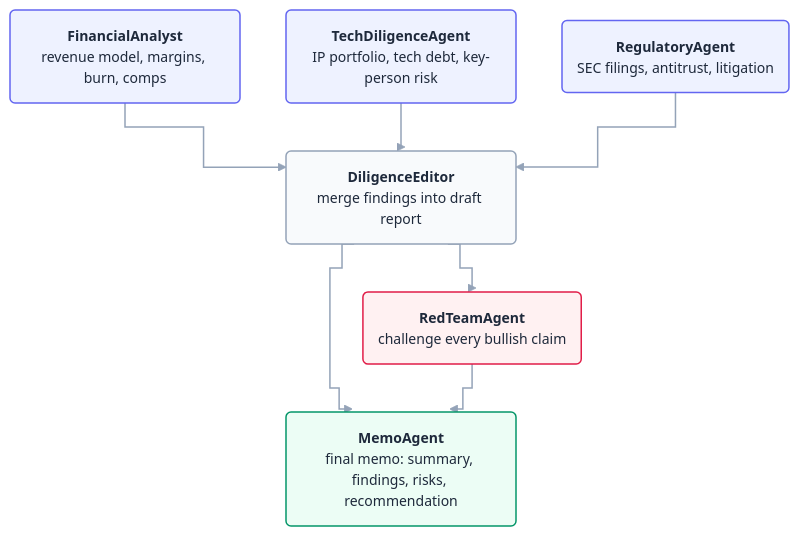
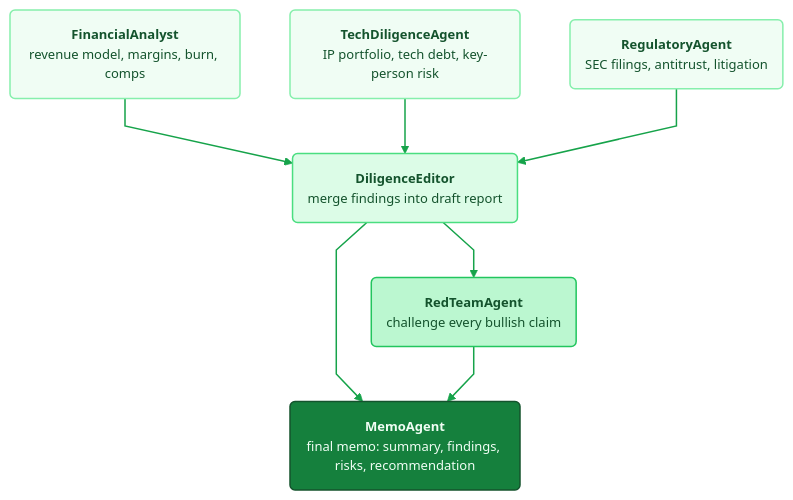
Before and after one commit to petehottelet/smythe: the diagram in README.md, drawn with Mermaid. The commit also changed 1 other file, not shown here.

Commit message:
Restyle flowchart: green palette, Roboto Mono, straight edges

````diff
--- a/README.md
+++ b/README.md
@@ -69,25 +69,25 @@
 ```mermaid
-%%{init: {"theme":"base","themeVariables":{"fontSize":"14px","primaryColor":"#f8fafc","primaryTextColor":"#1e293b","primaryBorderColor":"#94a3b8","lineColor":"#94a3b8"},"flowchart":{"curve":"step","nodeSpacing":46,"rankSpacing":48}}}%%
+%%{init: {"theme":"base","themeVariables":{"fontFamily":"Roboto Mono, monospace","fontSize":"13px","primaryColor":"#f0fdf4","primaryTextColor":"#14532d","primaryBorderColor":"#86efac","lineColor":"#16a34a"},"flowchart":{"curve":"linear","nodeSpacing":50,"rankSpacing":55}}}%%
 flowchart TD
     financial("<b>FinancialAnalyst</b><br/>revenue model, margins, burn, comps")
     technical("<b>TechDiligenceAgent</b><br/>IP portfolio, tech debt, key-person risk")
     regulatory("<b>RegulatoryAgent</b><br/>SEC filings, antitrust, litigation")
     draft("<b>DiligenceEditor</b><br/>merge findings into draft report")
     redteam("<b>RedTeamAgent</b><br/>challenge every bullish claim")
     memo("<b>MemoAgent</b><br/>final memo: summary, findings, risks, recommendation")
     financial --> draft
     technical --> draft
     regulatory --> draft
     draft --> redteam
     draft --> memo
     redteam --> memo
-    classDef specialist fill:#eef2ff,stroke:#6366f1,stroke-width:1.5px,color:#1e293b
-    classDef editor fill:#f8fafc,stroke:#94a3b8,stroke-width:1.5px,color:#1e293b
-    classDef adversarial fill:#fff1f2,stroke:#e11d48,stroke-width:1.5px,color:#1e293b
-    classDef deliverable fill:#ecfdf5,stroke:#059669,stroke-width:1.5px,color:#1e293b
+    classDef specialist fill:#f0fdf4,stroke:#86efac,stroke-width:1.5px,color:#14532d
+    classDef editor fill:#dcfce7,stroke:#4ade80,stroke-width:1.5px,color:#14532d
+    classDef adversarial fill:#bbf7d0,stroke:#22c55e,stroke-width:1.5px,color:#14532d
+    classDef deliverable fill:#15803d,stroke:#14532d,stroke-width:1.5px,color:#f0fdf4
     class financial,technical,regulatory specialist
     class draft editor
     class redteam adversarial
     class memo deliverable
-    linkStyle default stroke:#94a3b8,stroke-width:1.5px
+    linkStyle default stroke:#16a34a,stroke-width:1.5px
 ```
````
